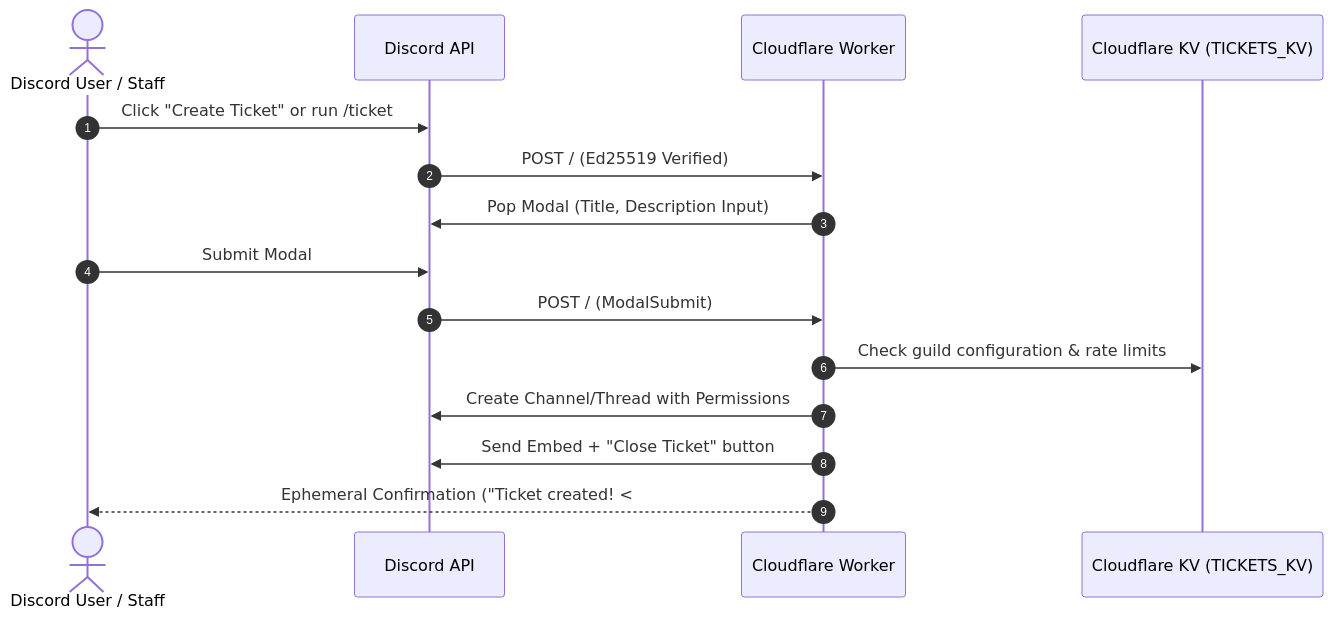
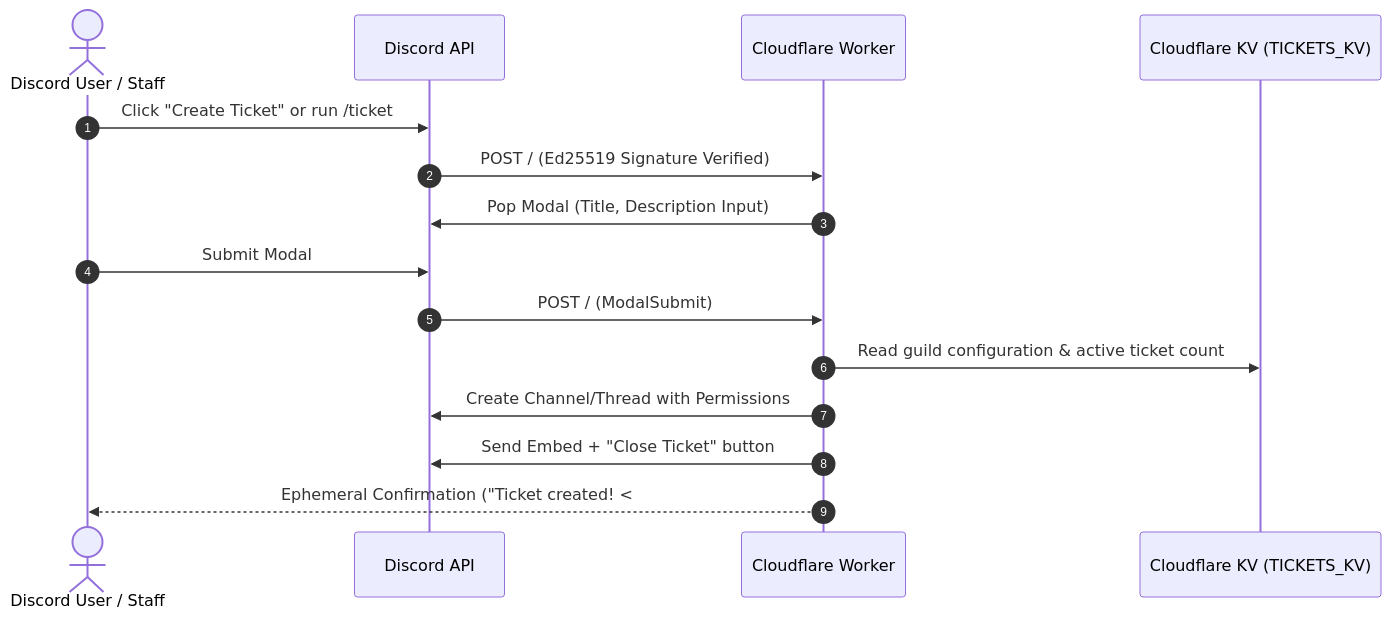
Before and after one commit to UsainSrht/serverless-discord-tickets: the diagram in README.md, drawn with Mermaid. The commit also changed other lines of this file and 3 other files, not shown here.

````diff
--- a/README.md
+++ b/README.md
@@ -69,18 +71,18 @@
 ```mermaid
 sequenceDiagram
     autonumber
     actor User as Discord User / Staff
     participant Discord as Discord API
     participant Worker as Cloudflare Worker
     participant KV as Cloudflare KV (TICKETS_KV)
 
     User->>Discord: Click "Create Ticket" or run /ticket
-    Discord->>Worker: POST / (Ed25519 Verified)
+    Discord->>Worker: POST / (Ed25519 Signature Verified)
     Worker->>Discord: Pop Modal (Title, Description Input)
     User->>Discord: Submit Modal
     Discord->>Worker: POST / (ModalSubmit)
-    Worker->>KV: Check guild configuration & rate limits
+    Worker->>KV: Read guild configuration & active ticket count
     Worker->>Discord: Create Channel/Thread with Permissions
     Worker->>Discord: Send Embed + "Close Ticket" button
     Worker-->>User: Ephemeral Confirmation ("Ticket created! <#channel>")
 ```
````
